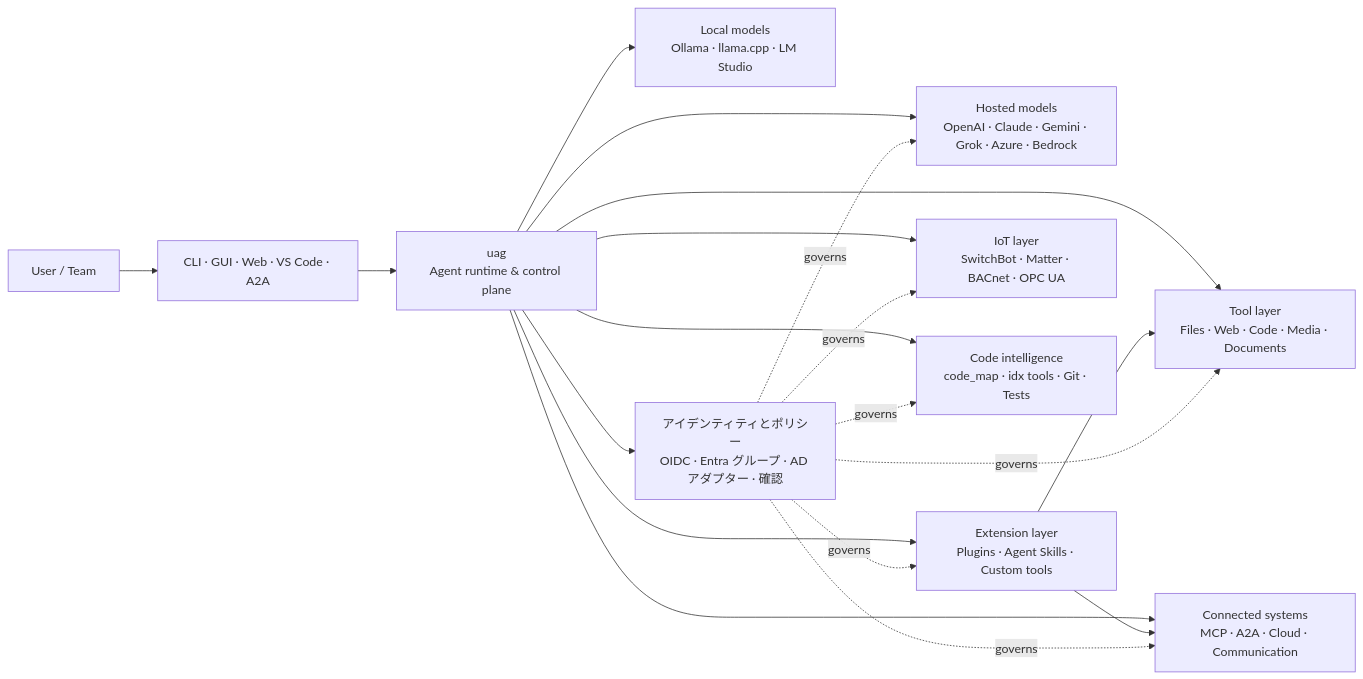
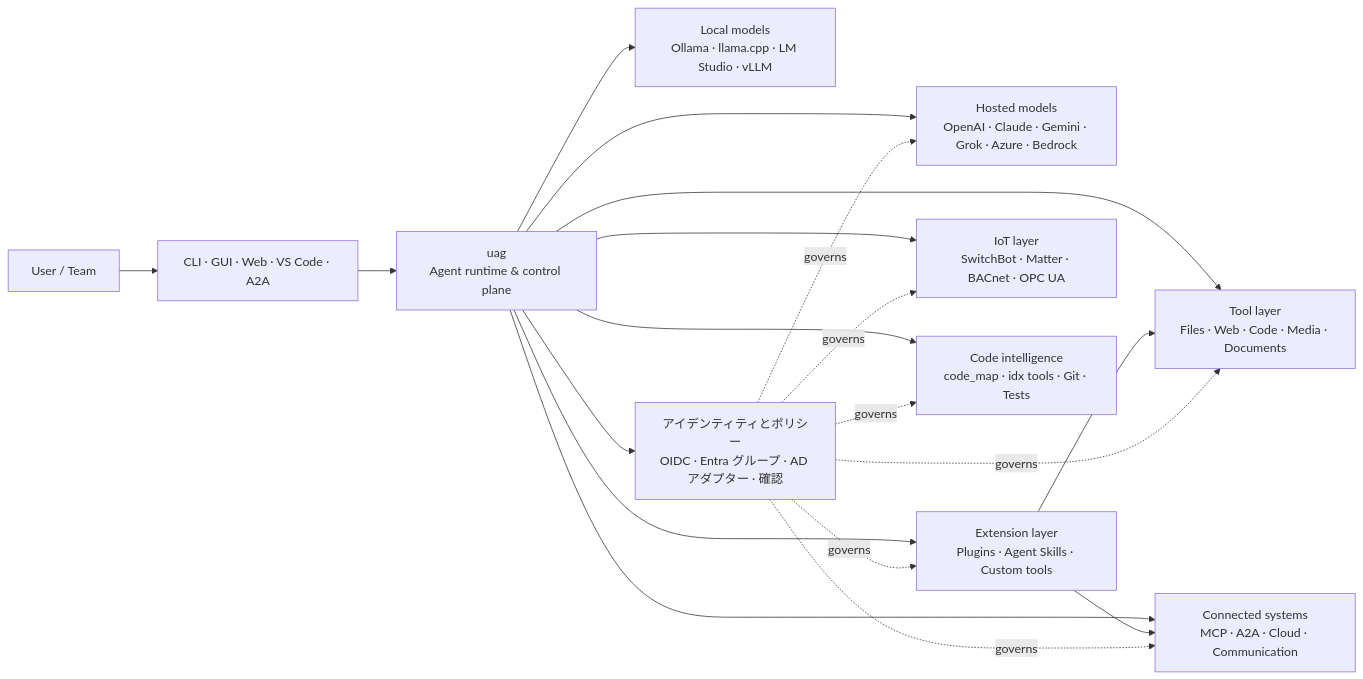
Before and after one commit to awaku7/agentcli: the diagram in docs/README.ja.md, drawn with Mermaid. The commit also changed other lines of this file and 21 other files, not shown here.

````diff
--- a/docs/README.ja.md
+++ b/docs/README.ja.md
@@ -52,33 +52,33 @@
 ```mermaid
 flowchart LR
     U[User / Team]
     I[CLI · GUI · Web · VS Code · A2A]
     G[uag<br/>Agent runtime & control plane]
     P[Hosted models<br/>OpenAI · Claude · Gemini · Grok · Azure · Bedrock]
-    L[Local models<br/>Ollama · llama.cpp · LM Studio]
+    L[Local models<br/>Ollama · llama.cpp · LM Studio · vLLM]
     T[Tool layer<br/>Files · Web · Code · Media · Documents]
     E[Extension layer<br/>Plugins · Agent Skills · Custom tools]
     X[Connected systems<br/>MCP · A2A · Cloud · Communication]
     D[IoT layer<br/>SwitchBot · Matter · BACnet · OPC UA]
     R[Code intelligence<br/>code_map · idx tools · Git · Tests]
     S[アイデンティティとポリシー<br/>OIDC · Entra グループ · AD アダプター · 確認]
 
     U --> I
     I --> G
     G --> P
     G --> L
     G --> T
     G --> E
     G --> X
     G --> D
     G --> R
     G --> S
     E --> T
     E --> X
     S -. governs .-> P
     S -. governs .-> T
     S -. governs .-> E
     S -. governs .-> X
     S -. governs .-> D
     S -. governs .-> R
 ```
````
